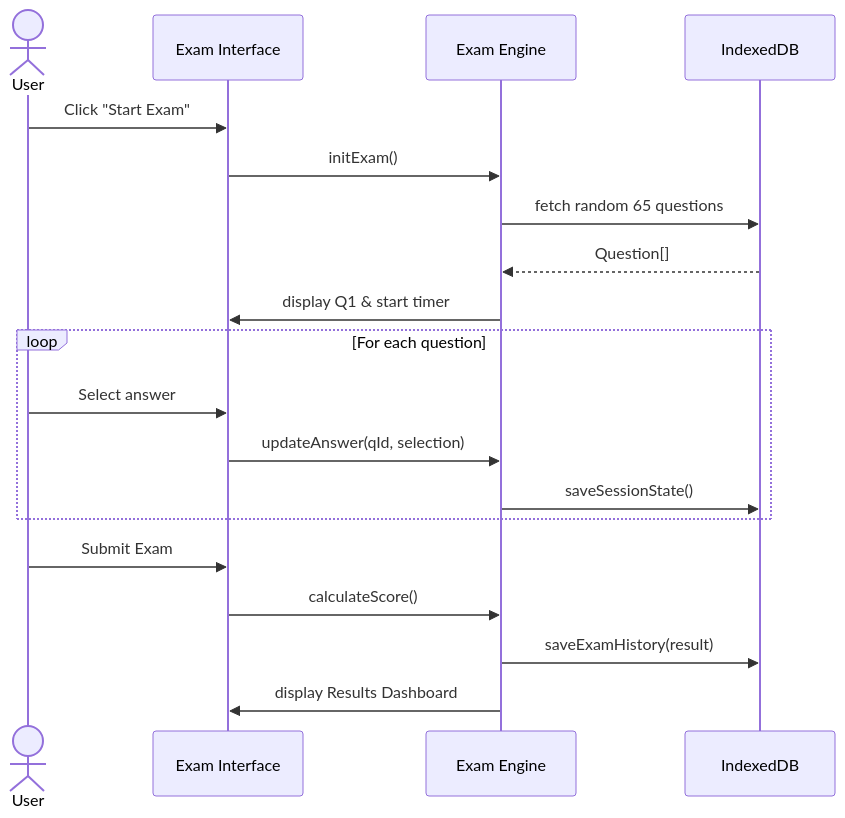
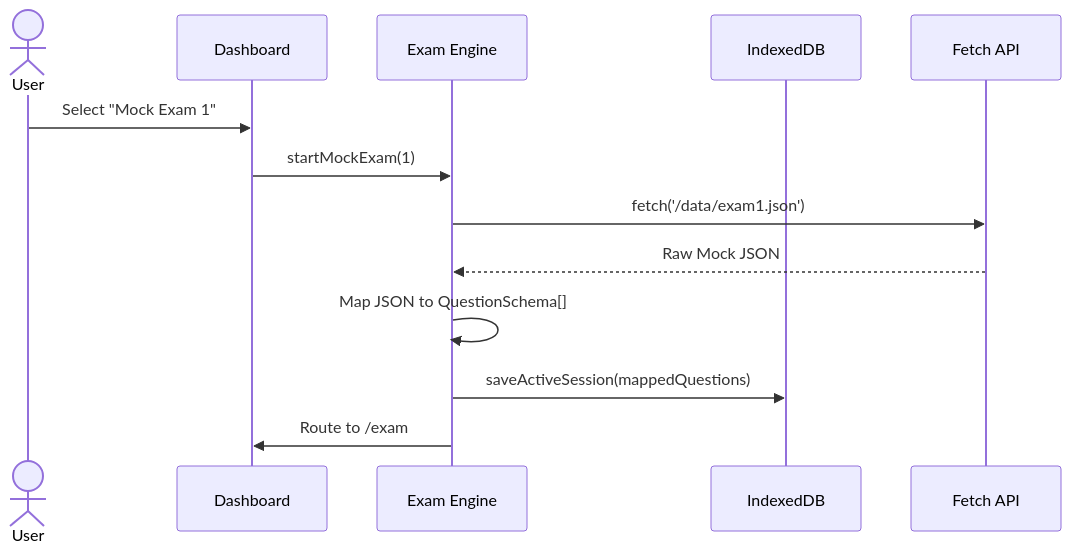
One commit to tan632000/aws-practice changed the second of 2 diagrams in .specs/aws-saa-c03-prep/design.md. Above: the diagram before and after it, drawn with Mermaid. The commit also changed other lines of this file and 11 other files, not shown here.

Commit message:
Dump exam data

````diff
--- a/.specs/aws-saa-c03-prep/design.md
+++ b/.specs/aws-saa-c03-prep/design.md
@@ -65,22 +66,16 @@
 ```mermaid
 sequenceDiagram
     actor User
-    participant UI as Exam Interface
+    participant UI as Dashboard
     participant Engine as Exam Engine
     participant DB as IndexedDB
+    participant API as Fetch API
 
-    User->>UI: Click "Start Exam"
-    UI->>Engine: initExam()
-    Engine->>DB: fetch random 65 questions
-    DB-->>Engine: Question[]
-    Engine->>UI: display Q1 & start timer
-    loop For each question
-        User->>UI: Select answer
-        UI->>Engine: updateAnswer(qId, selection)
-        Engine->>DB: saveSessionState()
-    end
-    User->>UI: Submit Exam
-    UI->>Engine: calculateScore()
-    Engine->>DB: saveExamHistory(result)
-    Engine->>UI: display Results Dashboard
+    User->>UI: Select "Mock Exam 1"
+    UI->>Engine: startMockExam(1)
+    Engine->>API: fetch('/data/exam1.json')
+    API-->>Engine: Raw Mock JSON
+    Engine->>Engine: Map JSON to QuestionSchema[]
+    Engine->>DB: saveActiveSession(mappedQuestions)
+    Engine->>UI: Route to /exam
 ```
````
